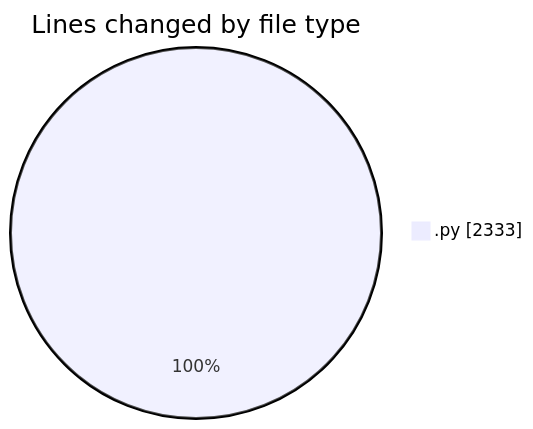
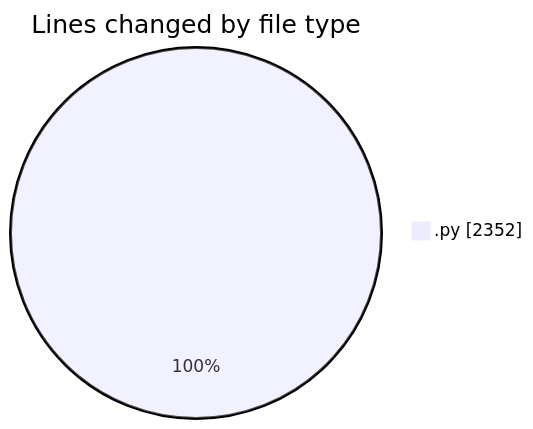
The first of 2 diagrams in 2025-11-23/eventscop-api-guide__workspace_/README.md (julien-gomy/code-tracking), drawn with Mermaid before and after one commit. The commit also changed other lines of this file and 1 other file, not shown here.

````diff
--- a/2025-11-23/eventscop-api-guide__workspace_/README.md
+++ b/2025-11-23/eventscop-api-guide__workspace_/README.md
@@ -31,5 +31,5 @@
 ```mermaid
 pie showData
 title Lines changed by file type
-".py" : 2333
+".py" : 2352
 ```
````
